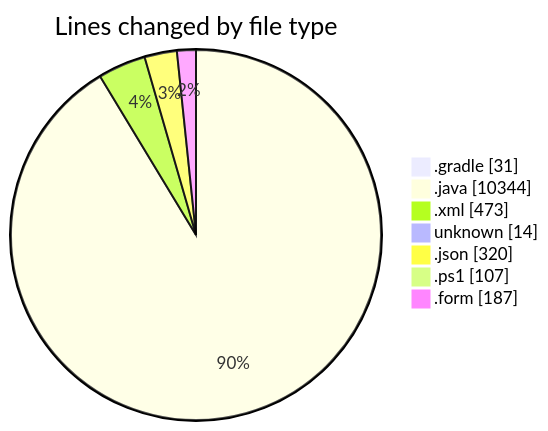
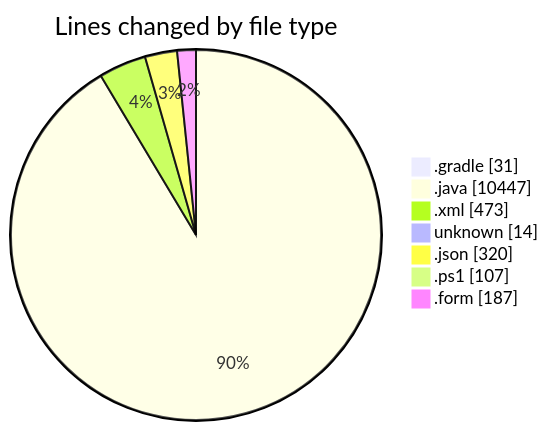
Before and after one commit to charlie-sans/code-tracking: the first of 2 diagrams in 2025-02-21/micros/README.md, drawn with Mermaid. The commit also changed other lines of this file and 1 other file, not shown here.

````diff
--- a/2025-02-21/micros/README.md
+++ b/2025-02-21/micros/README.md
@@ -78,11 +78,11 @@
 ```mermaid
 pie showData
 title Lines changed by file type
 ".gradle" : 31
-".java" : 10344
+".java" : 10447
 ".xml" : 473
 "unknown" : 14
 ".json" : 320
 ".ps1" : 107
 ".form" : 187
 ```
````
